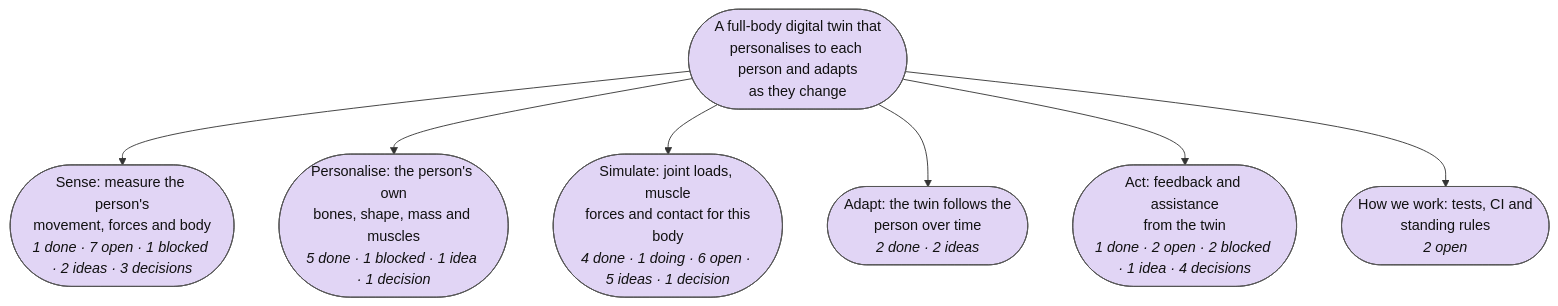
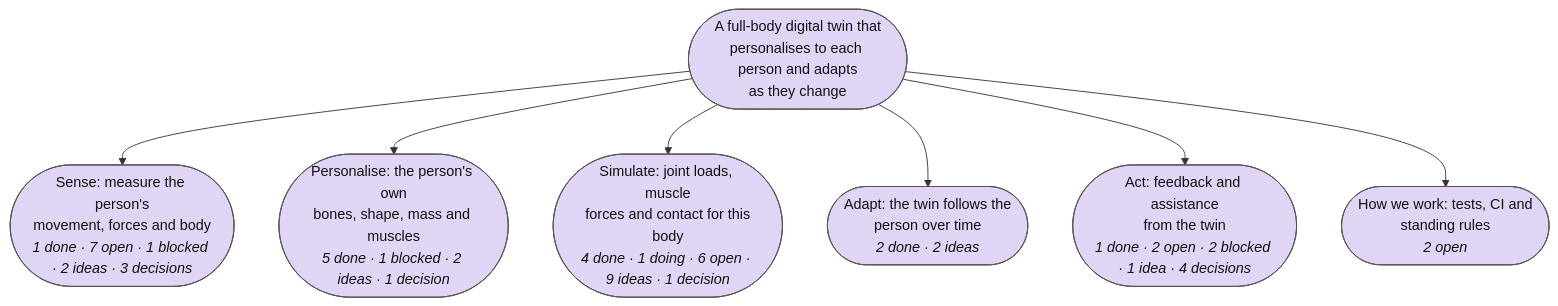
The first of 7 diagrams in plan/MAP.md (Sigurius23/Rehab-agent), drawn with Mermaid before and after one commit. The commit also changed other lines of this file and 7 other files, not shown here.

````diff
--- a/plan/MAP.md
+++ b/plan/MAP.md
@@ -9,35 +9,35 @@
 ```mermaid
 flowchart TB
   r(["A full-body digital twin that<br/>personalises to each person and adapts<br/>as they change"]):::goal_open
   p0(["Sense: measure the person's<br/>movement, forces and body<br/><i>1 done · 7 open · 1 blocked · 2 ideas · 3 decisions</i>"]):::goal_open
   r --> p0
-  p1(["Personalise: the person's own<br/>bones, shape, mass and muscles<br/><i>5 done · 1 blocked · 1 idea · 1 decision</i>"]):::goal_open
+  p1(["Personalise: the person's own<br/>bones, shape, mass and muscles<br/><i>5 done · 1 blocked · 2 ideas · 1 decision</i>"]):::goal_open
   r --> p1
-  p2(["Simulate: joint loads, muscle<br/>forces and contact for this<br/>body<br/><i>4 done · 1 doing · 6 open · 5 ideas · 1 decision</i>"]):::goal_open
+  p2(["Simulate: joint loads, muscle<br/>forces and contact for this<br/>body<br/><i>4 done · 1 doing · 6 open · 9 ideas · 1 decision</i>"]):::goal_open
   r --> p2
   p3(["Adapt: the twin follows the<br/>person over time<br/><i>2 done · 2 ideas</i>"]):::goal_open
   r --> p3
   p4(["Act: feedback and assistance<br/>from the twin<br/><i>1 done · 2 open · 2 blocked · 1 idea · 4 decisions</i>"]):::goal_open
   r --> p4
   p5(["How we work: tests, CI and<br/>standing rules<br/><i>2 open</i>"]):::goal_open
   r --> p5
   classDef goal_open fill:#e1d5f5,stroke:#555,color:#111
   classDef goal_done fill:#c8e6c9,stroke:#555,color:#111
   classDef step_open fill:#ffffff,stroke:#555,color:#111
   classDef step_doing fill:#fff3c4,stroke:#555,color:#111
   classDef step_done fill:#c8e6c9,stroke:#555,color:#111
   classDef step_blocked fill:#ffe0b2,stroke:#555,color:#111
   classDef step_dropped fill:#eeeeee,stroke:#555,color:#111
   classDef test_planned fill:#ffffff,stroke:#555,color:#111
   classDef test_running fill:#fff3c4,stroke:#555,color:#111
   classDef test_passed fill:#c8e6c9,stroke:#555,color:#111
   classDef test_failed fill:#ffcdd2,stroke:#555,color:#111
   classDef test_mixed fill:#fff3c4,stroke:#555,color:#111
   classDef test_dropped fill:#eeeeee,stroke:#555,color:#111
   classDef idea_new fill:#d7f0f7,stroke:#555,color:#111,stroke-dasharray: 4 3
   classDef idea_promoted fill:#eeeeee,stroke:#555,color:#111,stroke-dasharray: 4 3
   classDef idea_dropped fill:#eeeeee,stroke:#555,color:#111,stroke-dasharray: 4 3
   classDef decision_open fill:#ffe0b2,stroke:#555,color:#111
   classDef decision_decided fill:#ffe0b2,stroke:#555,color:#111
   classDef external fill:#f5f5f5,stroke:#aaa,color:#777,stroke-dasharray: 2 2
 ```
````
